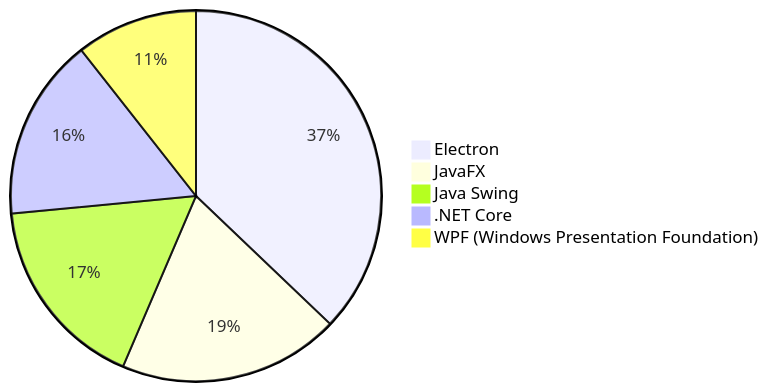
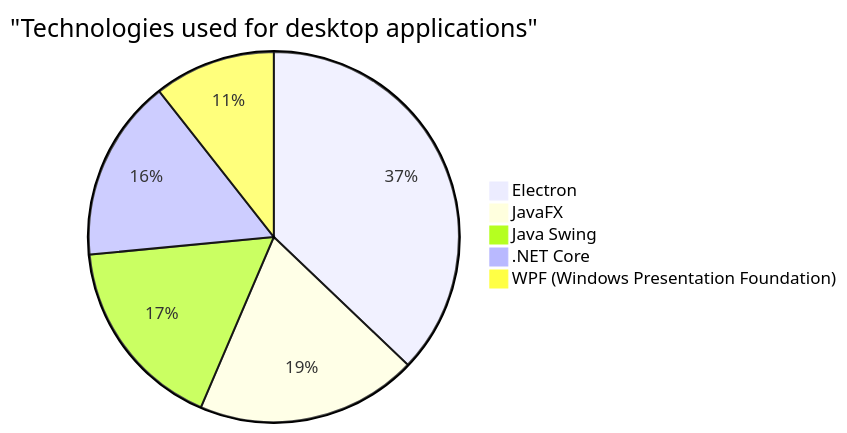
Before and after one commit to Fcmam5/state-of-dz-swe-2024: the fourth of 16 diagrams in website/docs/insights/technology-trends.md, drawn with Mermaid. The commit also changed other lines of this file and 1 other file, not shown here.

````diff
--- a/website/docs/insights/technology-trends.md
+++ b/website/docs/insights/technology-trends.md
@@ -72,8 +74,9 @@
 ```mermaid
 pie
+    title "Technologies used for desktop applications"
     "Electron" : 98
     "JavaFX" : 51
     "Java Swing" : 45
     ".NET Core" : 42
     "WPF (Windows Presentation Foundation)" : 28
 ```
````
